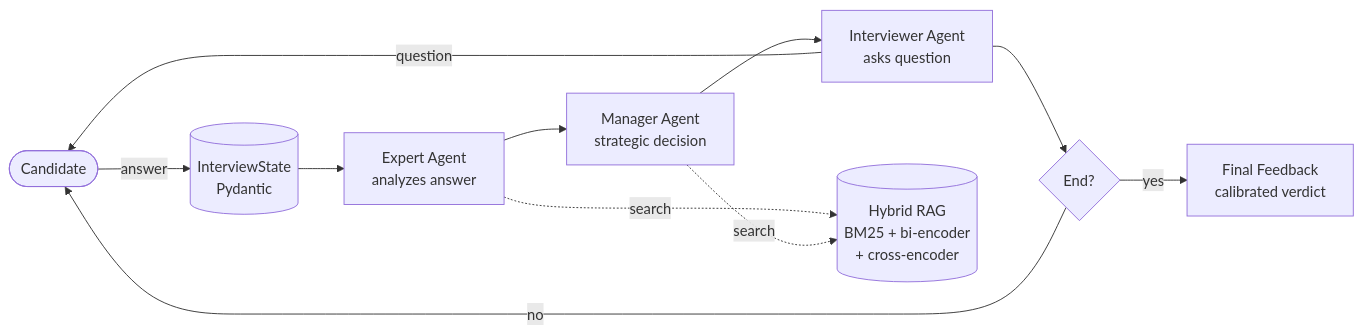
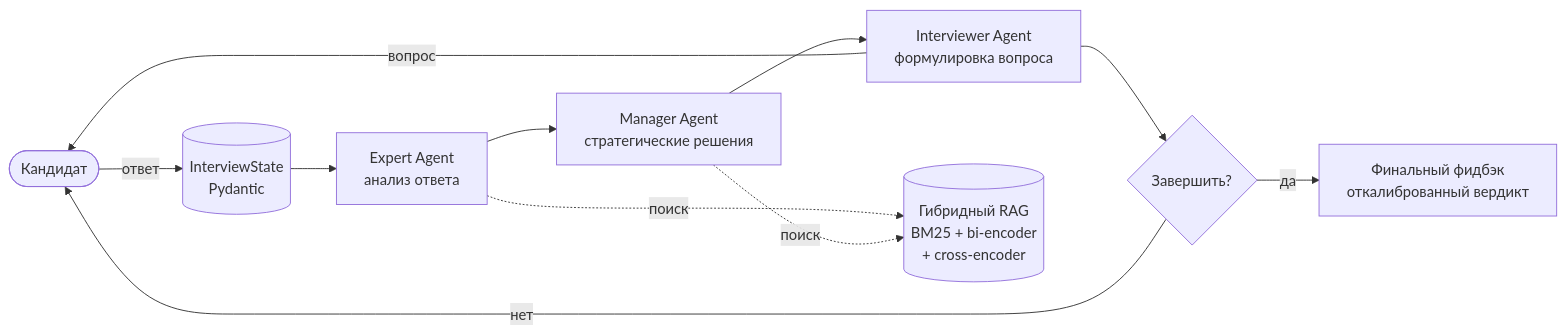
One commit to Nekebab/multiagent-interviewer changed the diagram in README.md. Above: the diagram before and after it, drawn with Mermaid. The commit also changed other lines of this file and 13 other files, not shown here.

````diff
--- a/README.md
+++ b/README.md
@@ -101,15 +62,15 @@
 ```mermaid
 graph LR
-    User([Candidate]) -->|answer| State[(InterviewState<br/>Pydantic)]
-    State --> Expert[Expert Agent<br/>analyzes answer]
-    Expert --> Manager[Manager Agent<br/>strategic decision]
-    Manager --> Interviewer[Interviewer Agent<br/>asks question]
-    Interviewer -->|question| User
+    User([Кандидат]) -->|ответ| State[(InterviewState<br/>Pydantic)]
+    State --> Expert[Expert Agent<br/>анализ ответа]
+    Expert --> Manager[Manager Agent<br/>стратегические решения]
+    Manager --> Interviewer[Interviewer Agent<br/>формулировка вопроса]
+    Interviewer -->|вопрос| User
 
-    Expert -.->|search| RAG[(Hybrid RAG<br/>BM25 + bi-encoder<br/>+ cross-encoder)]
-    Manager -.->|search| RAG
+    Expert -.->|поиск| RAG[(Гибридный RAG<br/>BM25 + bi-encoder<br/>+ cross-encoder)]
+    Manager -.->|поиск| RAG
 
-    Interviewer --> Final{End?}
-    Final -->|no| User
-    Final -->|yes| Feedback[Final Feedback<br/>calibrated verdict]
+    Interviewer --> Final{Завершить?}
+    Final -->|нет| User
+    Final -->|да| Feedback[Финальный фидбэк<br/>откалиброванный вердикт]
 ```
````
